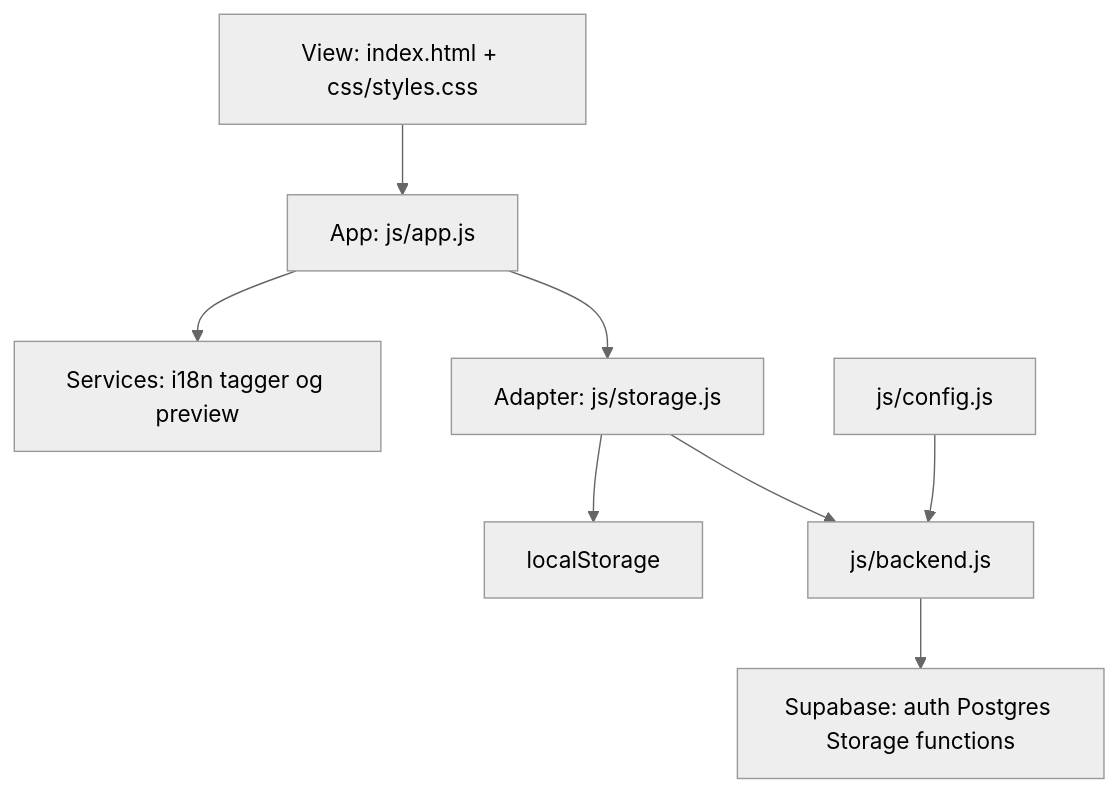
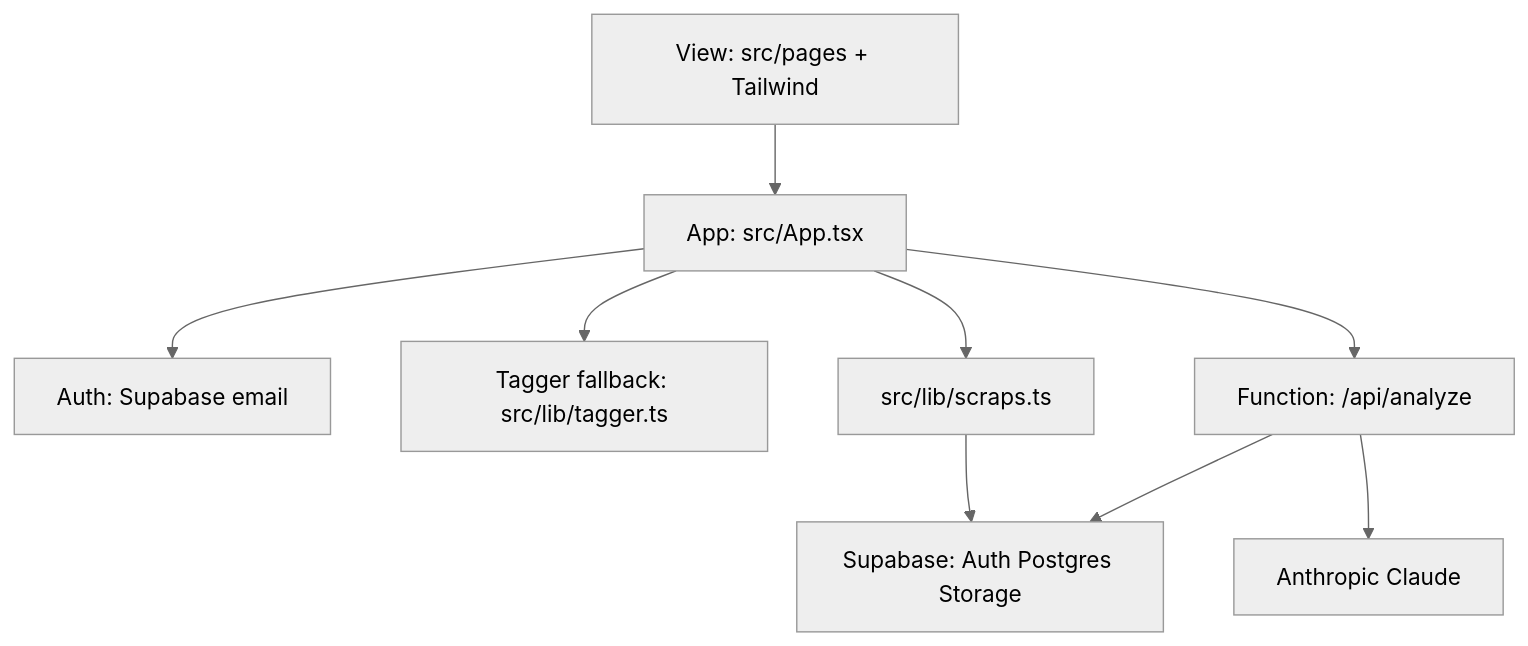
Before and after one commit to snuu09/myScrap: the diagram in ARCHITECTURE.md, drawn with Mermaid (neutral theme). The commit also changed other lines of this file and 64 other files, not shown here.

````diff
--- a/ARCHITECTURE.md
+++ b/ARCHITECTURE.md
@@ -24,19 +24,20 @@
 ```mermaid
 flowchart TB
-  view["View: index.html + css/styles.css"]
-  app["App: js/app.js"]
-  services["Services: i18n tagger og preview"]
-  persist["Adapter: js/storage.js"]
-  local["localStorage"]
-  remote["js/backend.js"]
-  baas["Supabase: auth Postgres Storage functions"]
-  config["js/config.js"]
+  view["View: src/pages + Tailwind"]
+  app["App: src/App.tsx"]
+  auth["Auth: Supabase email"]
+  tagger["Tagger fallback: src/lib/tagger.ts"]
+  fn["Function: /api/analyze"]
+  persist["src/lib/scraps.ts"]
+  baas["Supabase: Auth Postgres Storage"]
+  claude["Anthropic Claude"]
 
   view --> app
-  app --> services
+  app --> auth
   app --> persist
-  persist --> local
-  persist --> remote
-  config --> remote
-  remote --> baas
+  persist --> baas
+  app --> fn
+  fn --> claude
+  fn --> baas
+  app --> tagger
 ```
````
